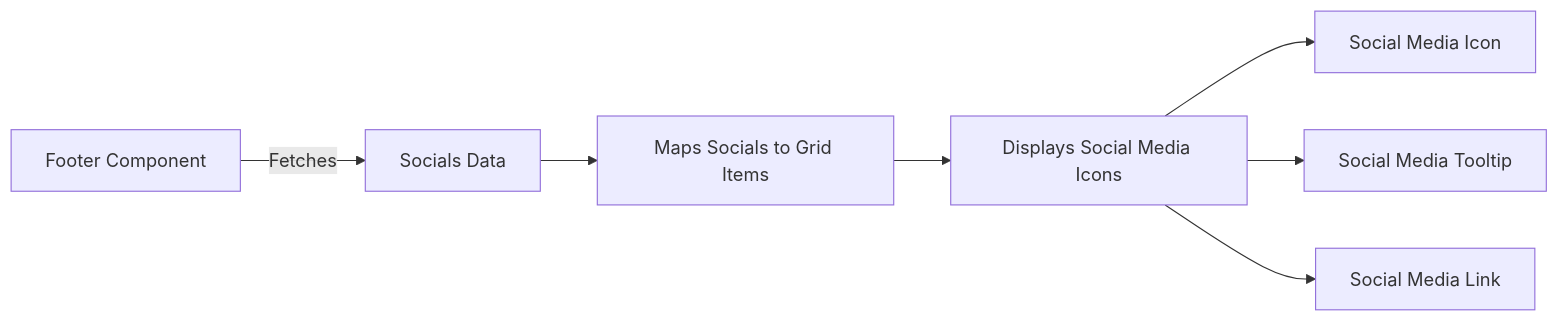
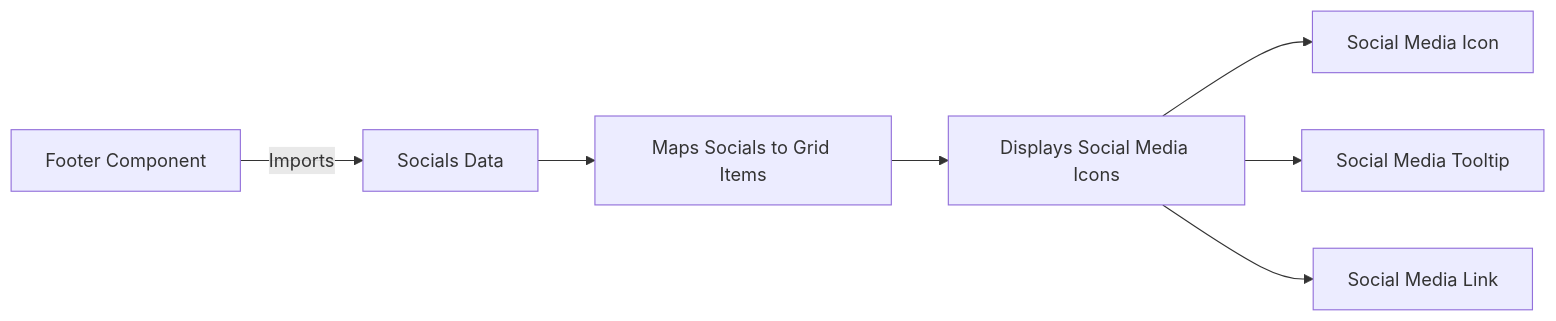
The diagram in docs/architecture/components/socials.md (AlexJSully/AlexJSully-Portfolio), drawn with Mermaid before and after one commit. The commit also changed other lines of this file and 42 other files, not shown here.

````diff
--- a/docs/architecture/components/socials.md
+++ b/docs/architecture/components/socials.md
@@ -18,11 +18,11 @@
 ```mermaid
 flowchart LR
     accTitle: Social Media Links Display Flow
-    accDescr: Footer component fetches socials data, maps to grid items, displays social media icons with tooltips and links to each platform
-    A[Footer Component] -->|Fetches| B[Socials Data]
+    accDescr: Footer component imports socials data, maps to grid items, displays social media icons with tooltips and links to each platform
+    A[Footer Component] -->|Imports| B[Socials Data]
     B --> C[Maps Socials to Grid Items]
     C --> D[Displays Social Media Icons]
     D --> E[Social Media Icon]
     D --> F[Social Media Tooltip]
     D --> G[Social Media Link]
 ```
````
